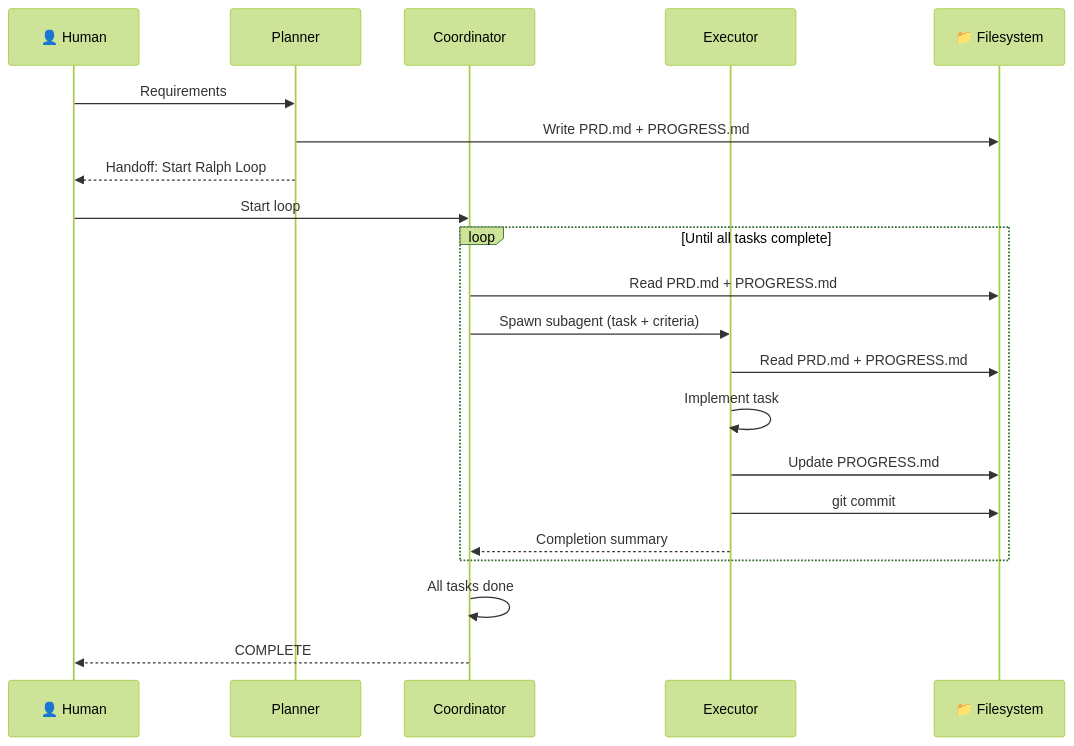
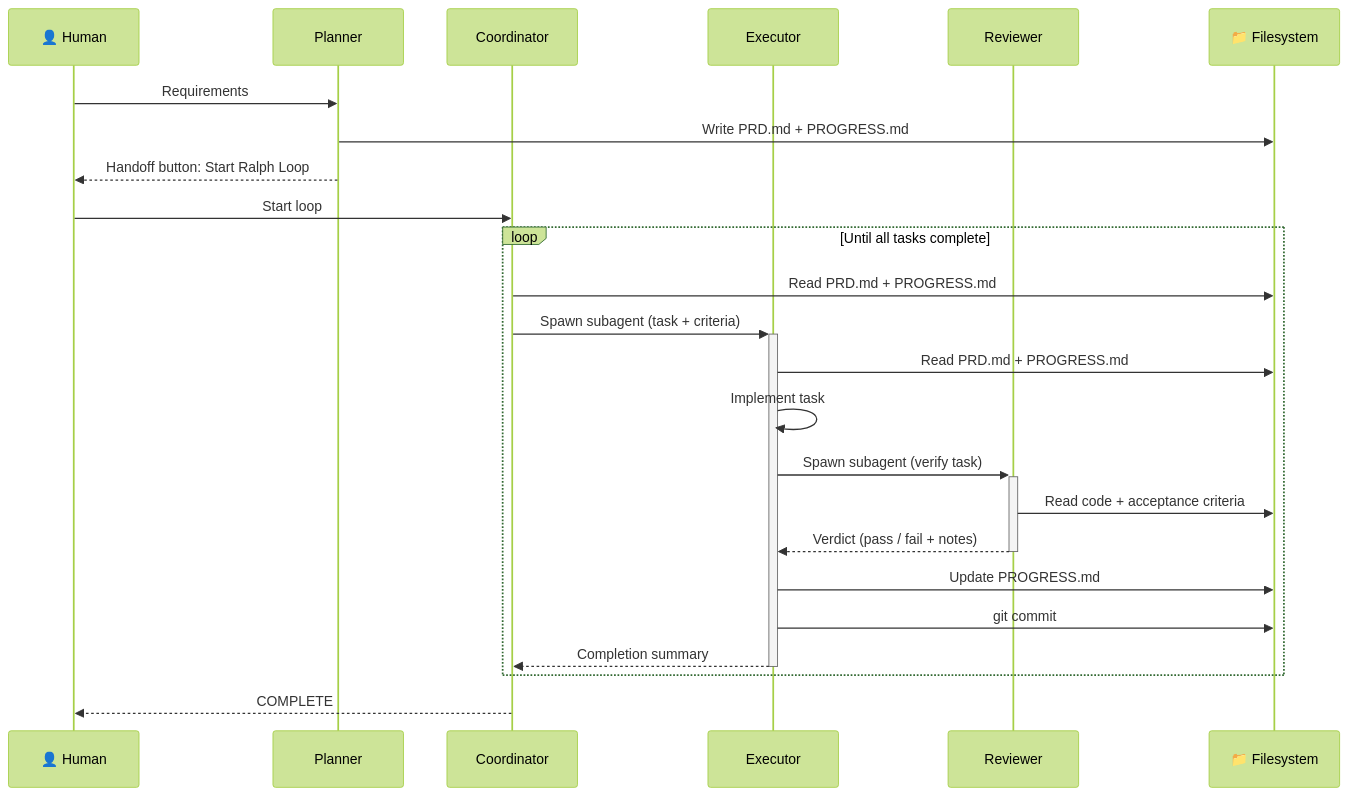
The second of 2 diagrams in README.md (giocaizzi/vscode-ralph), drawn with Mermaid (forest theme) before and after one commit. The commit also changed other lines of this file, not shown here.

Commit message:
feat: enhance execution flow and add Reviewer subagent to architecture diagram

````diff
--- a/README.md
+++ b/README.md
@@ -43,27 +49,30 @@
 ```mermaid
 sequenceDiagram
     participant H as 👤 Human
     participant P as Planner
     participant C as Coordinator
     participant E as Executor
+    participant R as Reviewer
     participant FS as 📁 Filesystem
 
     H->>P: Requirements
     P->>FS: Write PRD.md + PROGRESS.md
-    P-->>H: Handoff: Start Ralph Loop
+    P-->>H: Handoff button: Start Ralph Loop
 
     H->>C: Start loop
 
     loop Until all tasks complete
         C->>FS: Read PRD.md + PROGRESS.md
-        C->>E: Spawn subagent (task + criteria)
+        C->>+E: Spawn subagent (task + criteria)
         E->>FS: Read PRD.md + PROGRESS.md
         E->>E: Implement task
+        E->>+R: Spawn subagent (verify task)
+        R->>FS: Read code + acceptance criteria
+        R-->>-E: Verdict (pass / fail + notes)
         E->>FS: Update PROGRESS.md
         E->>FS: git commit
-        E-->>C: Completion summary
+        E-->>-C: Completion summary
     end
 
-    C->>C: All tasks done
     C-->>H: COMPLETE
 ```
````
